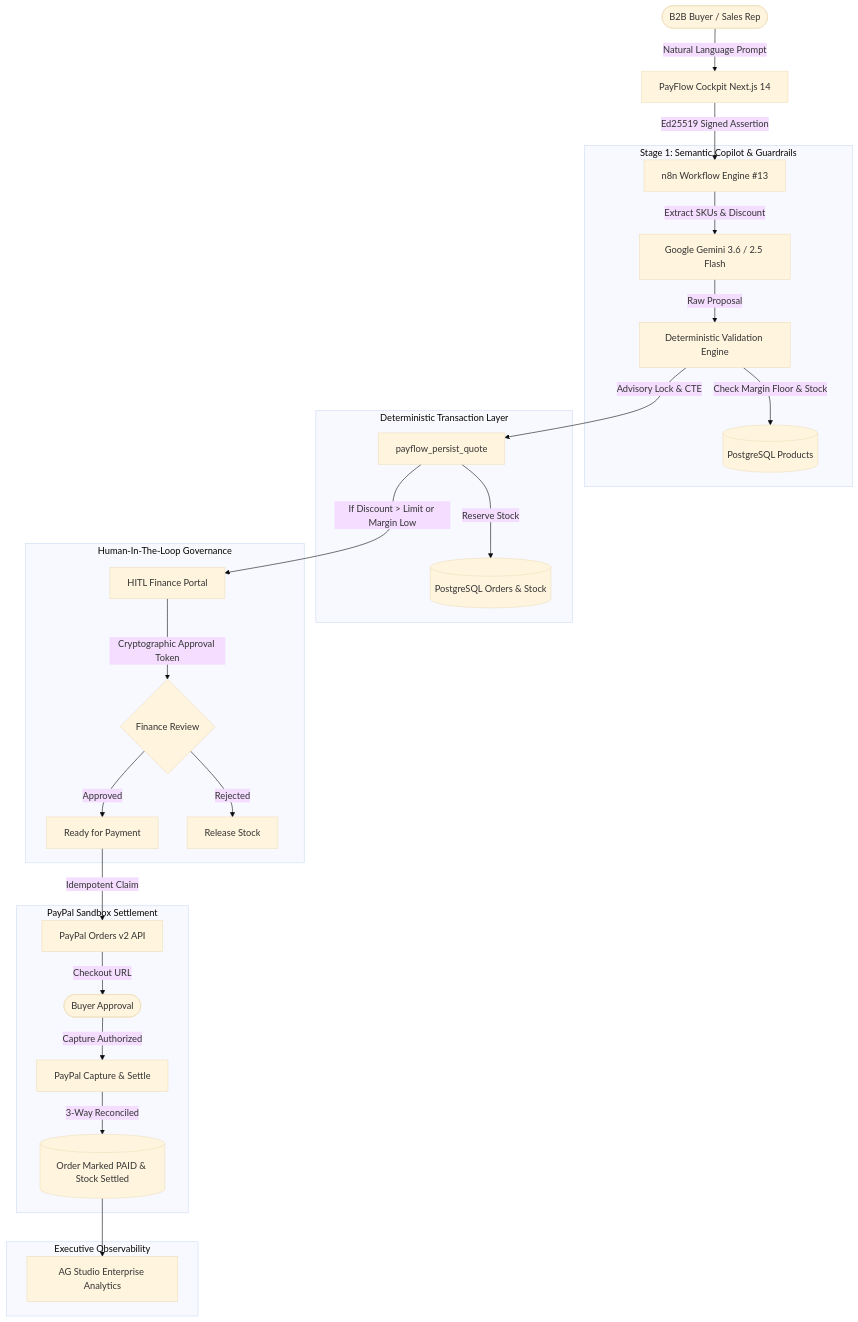
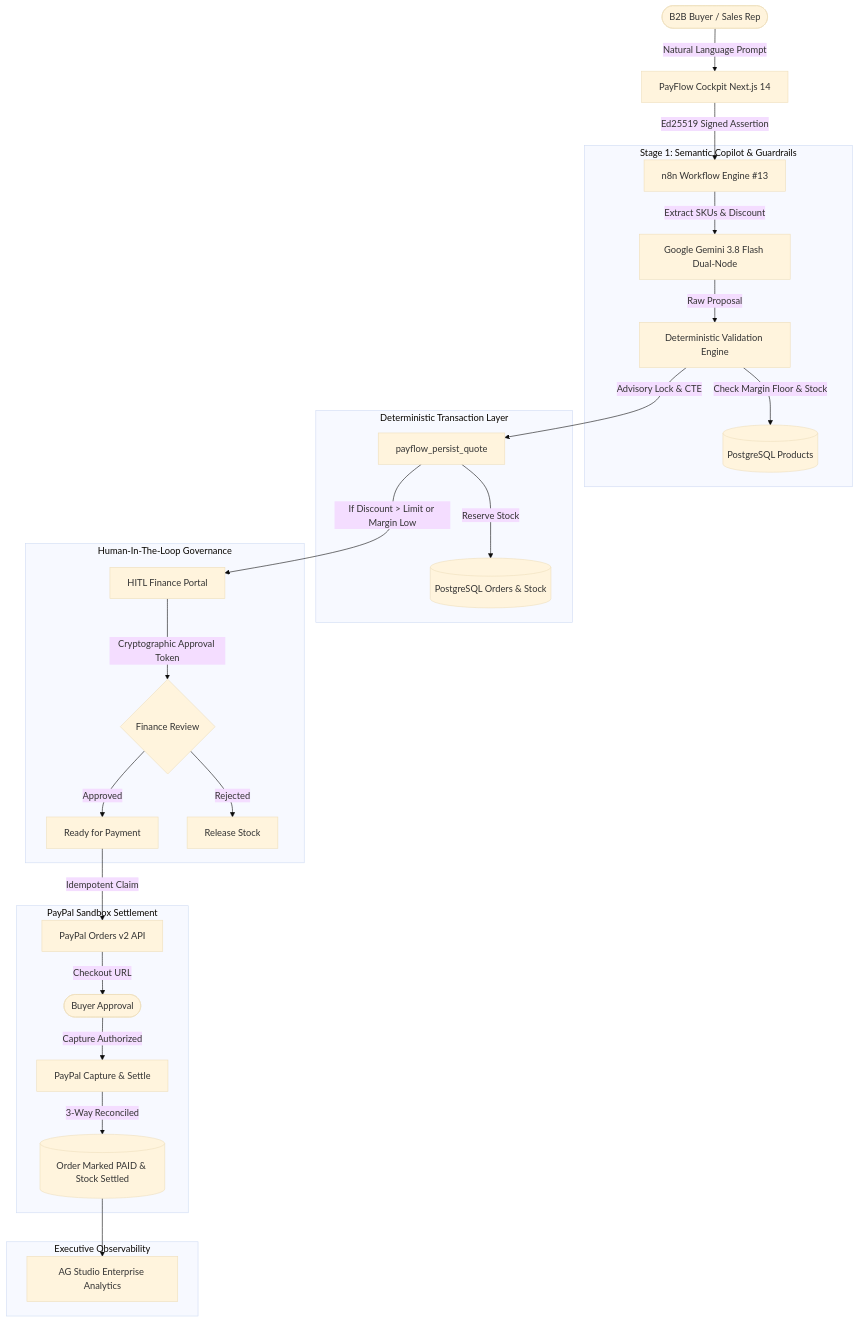
One commit to Robe092/MAD changed the diagram in docs/ARCHITECTURE.md. Above: the diagram before and after it, drawn with Mermaid (base theme). The commit also changed other lines of this file and 2 other files, not shown here.

Commit message:
feat(ai): lock state-of-the-art Gemini 3.8 Flash across primary and fallback nodes

````diff
--- a/docs/ARCHITECTURE.md
+++ b/docs/ARCHITECTURE.md
@@ -11,34 +11,34 @@
 ```mermaid
 flowchart TD
     User([B2B Buyer / Sales Rep]) -->|Natural Language Prompt| NextJS[PayFlow Cockpit Next.js 14]
     NextJS -->|Ed25519 Signed Assertion| Engine[n8n Workflow Engine #13]
     
     subgraph Stage1["Stage 1: Semantic Copilot & Guardrails"]
-        Engine -->|Extract SKUs & Discount| Gemini[Google Gemini 3.6 / 2.5 Flash]
+        Engine -->|Extract SKUs & Discount| Gemini[Google Gemini 3.8 Flash Dual-Node]
         Gemini -->|Raw Proposal| Guardrails[Deterministic Validation Engine]
         Guardrails -->|Check Margin Floor & Stock| Catalog[(PostgreSQL Products)]
     end
     
     subgraph SQL["Deterministic Transaction Layer"]
         Guardrails -->|Advisory Lock & CTE| Persist[payflow_persist_quote]
         Persist -->|Reserve Stock| DB[(PostgreSQL Orders & Stock)]
     end
     
     subgraph HITL["Human-In-The-Loop Governance"]
         Persist -->|If Discount > Limit or Margin Low| Approvals[HITL Finance Portal]
         Approvals -->|Cryptographic Approval Token| Decision{Finance Review}
         Decision -->|Approved| SettlePrep[Ready for Payment]
         Decision -->|Rejected| CancelQuote[Release Stock]
     end
     
     subgraph Settlement["PayPal Sandbox Settlement"]
         SettlePrep -->|Idempotent Claim| PayPalAPI[PayPal Orders v2 API]
         PayPalAPI -->|Checkout URL| Buyer([Buyer Approval])
         Buyer -->|Capture Authorized| Capture[PayPal Capture & Settle]
         Capture -->|3-Way Reconciled| FinalOrder[(Order Marked PAID & Stock Settled)]
     end
     
     subgraph Analytics["Executive Observability"]
         FinalOrder --> Studio[AG Studio Enterprise Analytics]
     end
 ```
````
